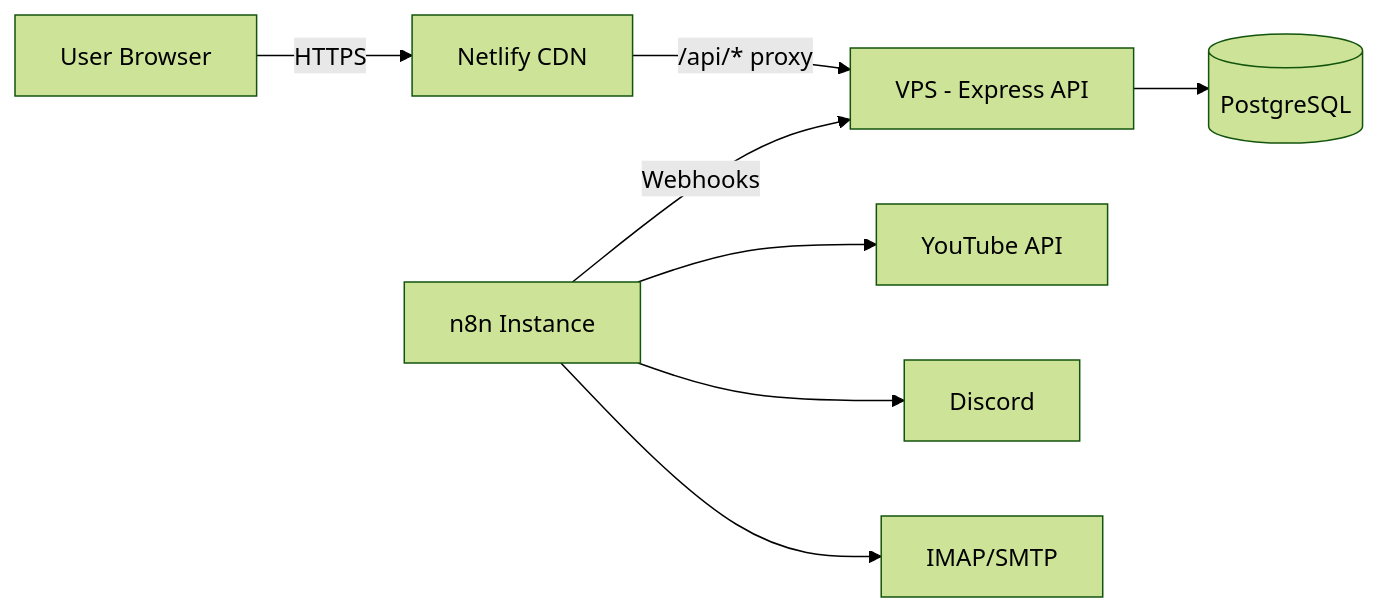
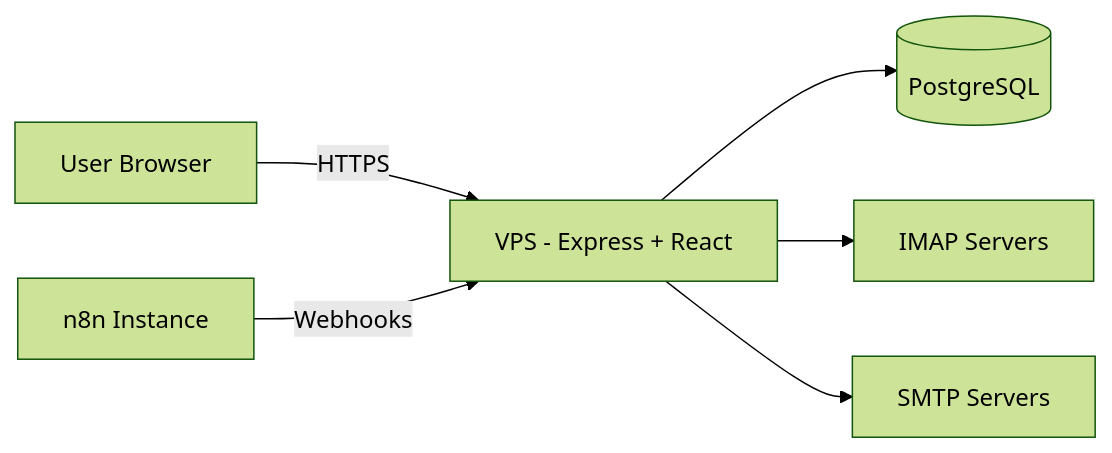
Before and after one commit to InstinctBits/convergioai-docs: the fourth of 4 diagrams in docs/using/core-concepts/architecture.md, drawn with Mermaid (forest theme). The commit also changed other lines of this file and 25 other files, not shown here.

````diff
--- a/docs/using/core-concepts/architecture.md
+++ b/docs/using/core-concepts/architecture.md
@@ -149,10 +231,8 @@
 ```mermaid
 graph LR
-    User[User Browser] -->|HTTPS| Netlify[Netlify CDN]
-    Netlify -->|/api/* proxy| VPS[VPS - Express API]
+    User[User Browser] -->|HTTPS| VPS[VPS - Express + React]
     VPS --> PG[(PostgreSQL)]
+    VPS --> IMAP[IMAP Servers]
+    VPS --> SMTP[SMTP Servers]
     n8n[n8n Instance] -->|Webhooks| VPS
-    n8n --> YouTube[YouTube API]
-    n8n --> Discord[Discord]
-    n8n --> Email[IMAP/SMTP]
 ```
````
